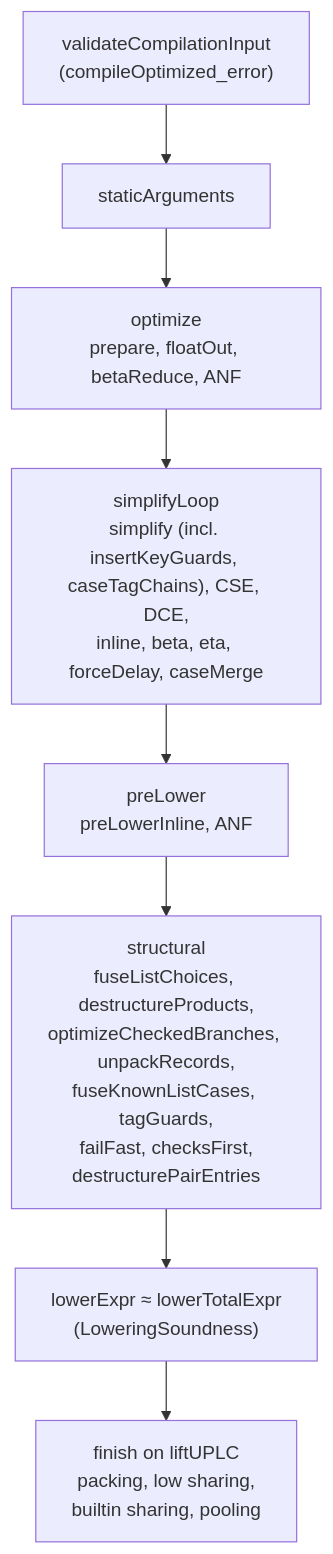
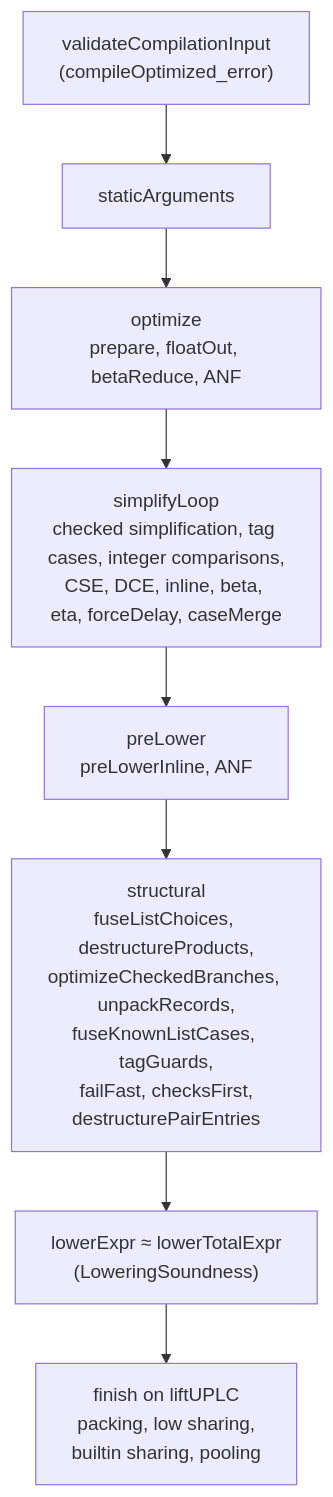
One commit to SeungheonOh/Moist changed the diagram in docs/MIR-Pipeline-Soundness.md. Above: the diagram before and after it, drawn with Mermaid. The commit also changed other lines of this file and 8 other files, not shown here.

Commit message:
opt(mir): normalize integer comparisons against literals

````diff
--- a/docs/MIR-Pipeline-Soundness.md
+++ b/docs/MIR-Pipeline-Soundness.md
@@ -50,10 +50,10 @@
 ```mermaid
 graph TD
   V["validateCompilationInput<br>(compileOptimized_error)"] --> S["staticArguments"]
   S --> O["optimize<br>prepare, floatOut, betaReduce, ANF"]
-  O --> L["simplifyLoop<br>simplify (incl. insertKeyGuards, caseTagChains), CSE, DCE,<br>inline, beta, eta, forceDelay, caseMerge"]
+  O --> L["simplifyLoop<br>checked simplification, tag cases, integer comparisons,<br>CSE, DCE, inline, beta, eta, forceDelay, caseMerge"]
   L --> P["preLower<br>preLowerInline, ANF"]
   P --> T["structural<br>fuseListChoices, destructureProducts,<br>optimizeCheckedBranches, unpackRecords,<br>fuseKnownListCases, tagGuards,<br>failFast, checksFirst,<br>destructurePairEntries"]
   T --> W["lowerExpr ≈ lowerTotalExpr<br>(LoweringSoundness)"]
   W --> F["finish on liftUPLC<br>packing, low sharing,<br>builtin sharing, pooling"]
 ```
````
